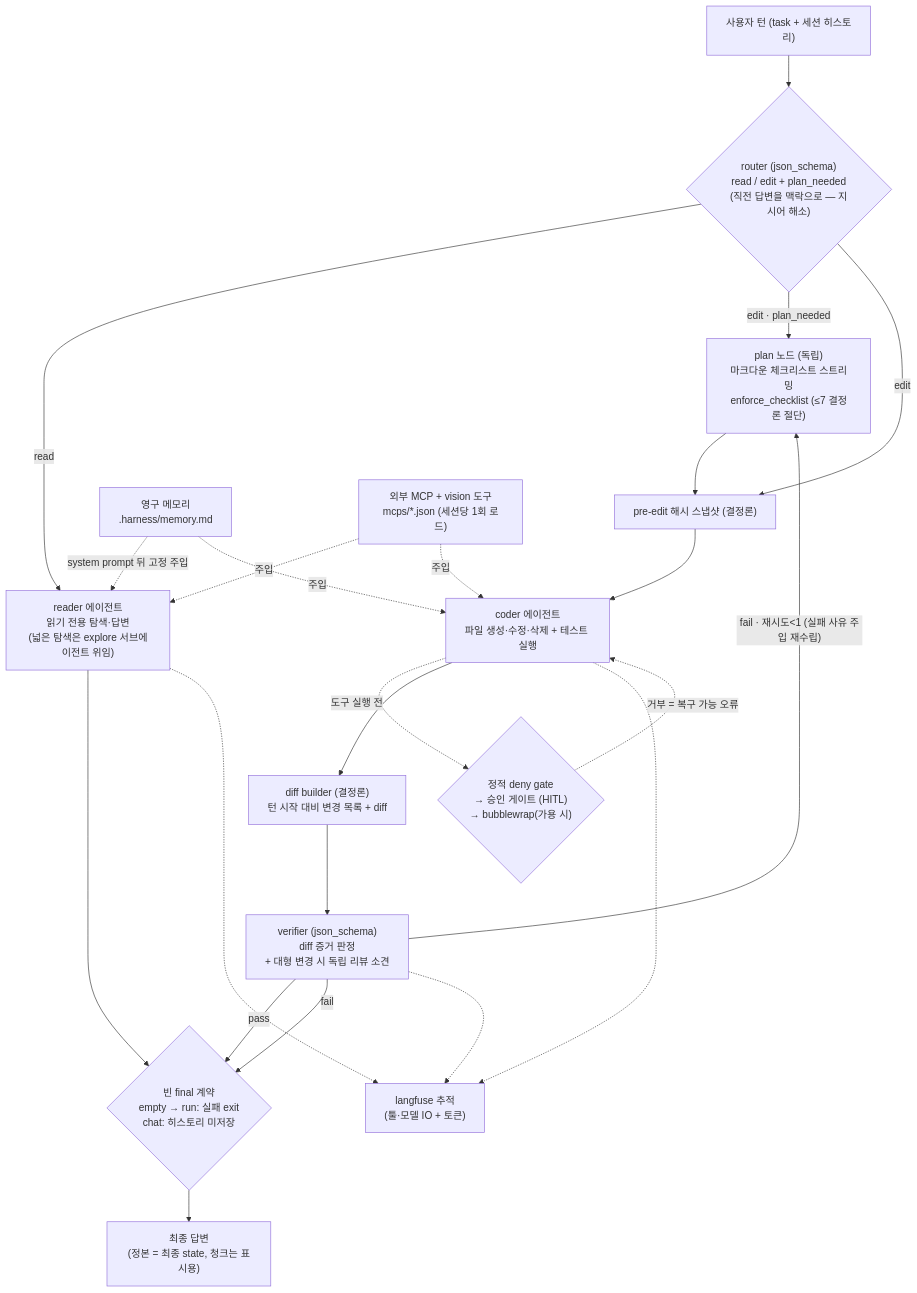
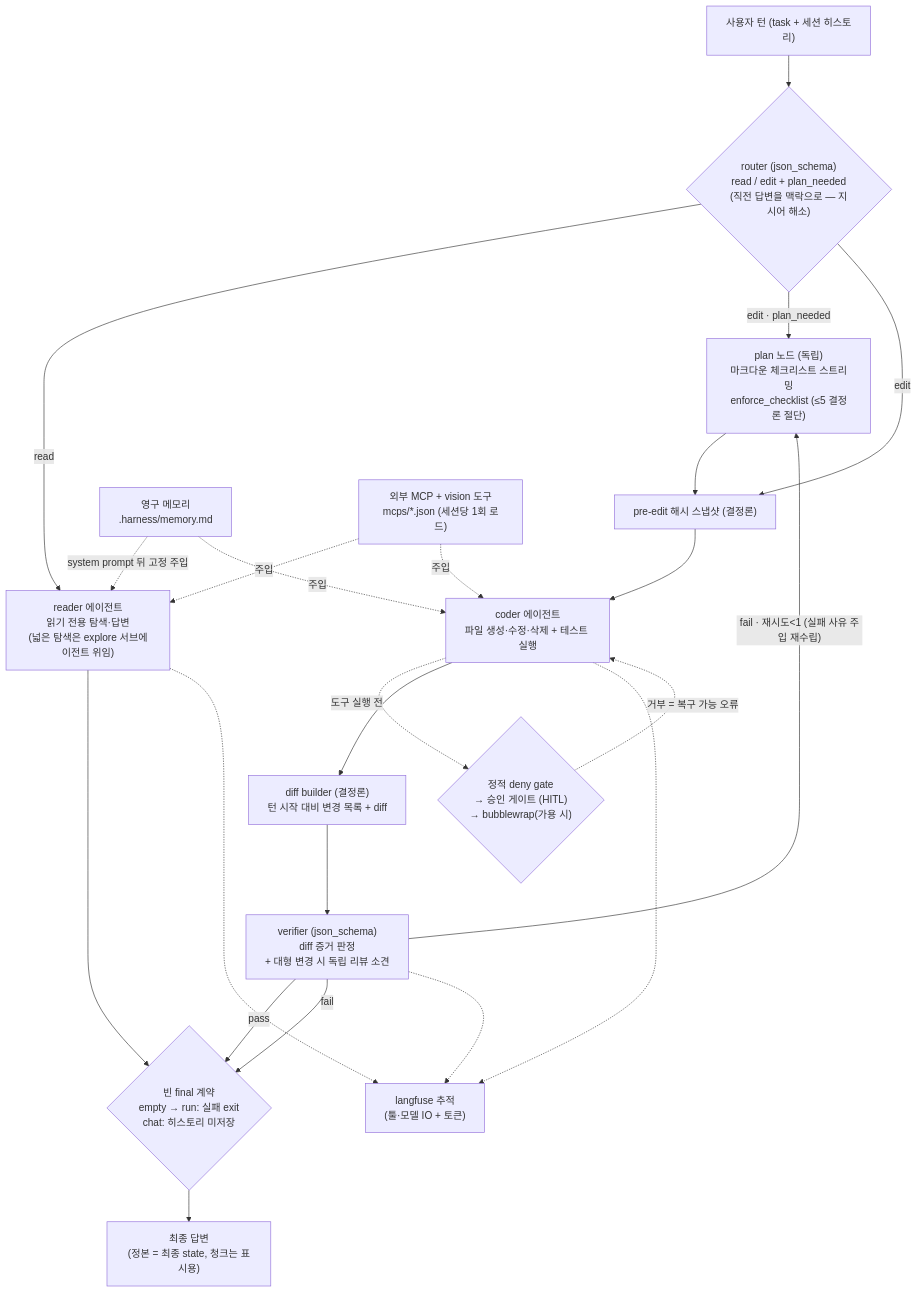
One commit to DONGRYEOLLEE1/koda changed the first of 2 diagrams in README.md. Above: the diagram before and after it, drawn with Mermaid. The commit also changed other lines of this file and 86 other files, not shown here.

````diff
--- a/README.md
+++ b/README.md
@@ -99,25 +95,25 @@
 ```mermaid
 flowchart TD
     U["사용자 턴 (task + 세션 히스토리)"] --> RT{"router (json_schema)<br/>read / edit + plan_needed<br/>(직전 답변을 맥락으로 — 지시어 해소)"}
     RT -- "read" --> RD["reader 에이전트<br/>읽기 전용 탐색·답변<br/>(넓은 탐색은 explore 서브에이전트 위임)"]
-    RT -- "edit · plan_needed" --> PL["plan 노드 (독립)<br/>마크다운 체크리스트 스트리밍<br/>enforce_checklist (≤7 결정론 절단)"]
+    RT -- "edit · plan_needed" --> PL["plan 노드 (독립)<br/>마크다운 체크리스트 스트리밍<br/>enforce_checklist (≤5 결정론 절단)"]
     RT -- "edit" --> SN["pre-edit 해시 스냅샷 (결정론)"]
     PL --> SN
     SN --> CD["coder 에이전트<br/>파일 생성·수정·삭제 + 테스트 실행"]
     MEM["영구 메모리<br/>.harness/memory.md"] -. "system prompt 뒤 고정 주입" .-> RD
     MEM -. "주입" .-> CD
     MCP["외부 MCP + vision 도구<br/>mcps/*.json (세션당 1회 로드)"] -. "주입" .-> RD
     MCP -. "주입" .-> CD
     CD -. "도구 실행 전" .-> PG{"정적 deny gate<br/>→ 승인 게이트 (HITL)<br/>→ bubblewrap(가용 시)"}
     PG -. "거부 = 복구 가능 오류" .-> CD
     CD --> DF["diff builder (결정론)<br/>턴 시작 대비 변경 목록 + diff"]
     DF --> VF["verifier (json_schema)<br/>diff 증거 판정<br/>+ 대형 변경 시 독립 리뷰 소견"]
     VF -- "pass" --> FC
     VF -- "fail · 재시도<1 (실패 사유 주입 재수립)" --> PL
     VF -- "fail" --> FC
     RD --> FC{"빈 final 계약<br/>empty → run: 실패 exit<br/>chat: 히스토리 미저장"}
     FC --> DONE["최종 답변<br/>(정본 = 최종 state, 청크는 표시용)"]
     RD -.-> LF["langfuse 추적<br/>(툴·모델 IO + 토큰)"]
     CD -.-> LF
     VF -.-> LF
 ```
````
